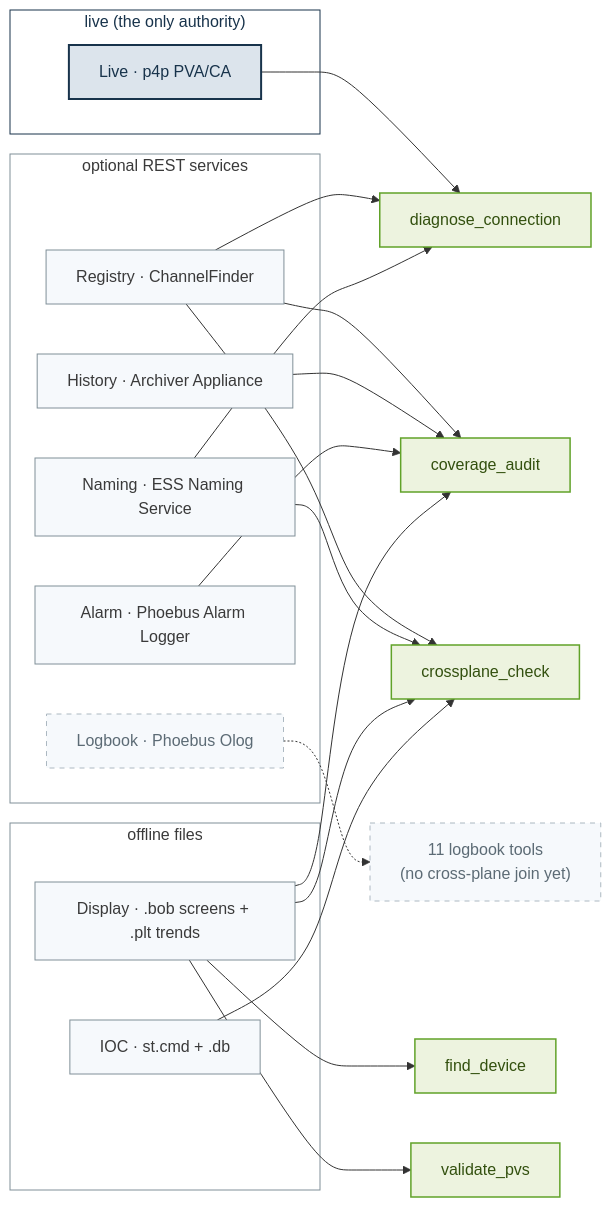
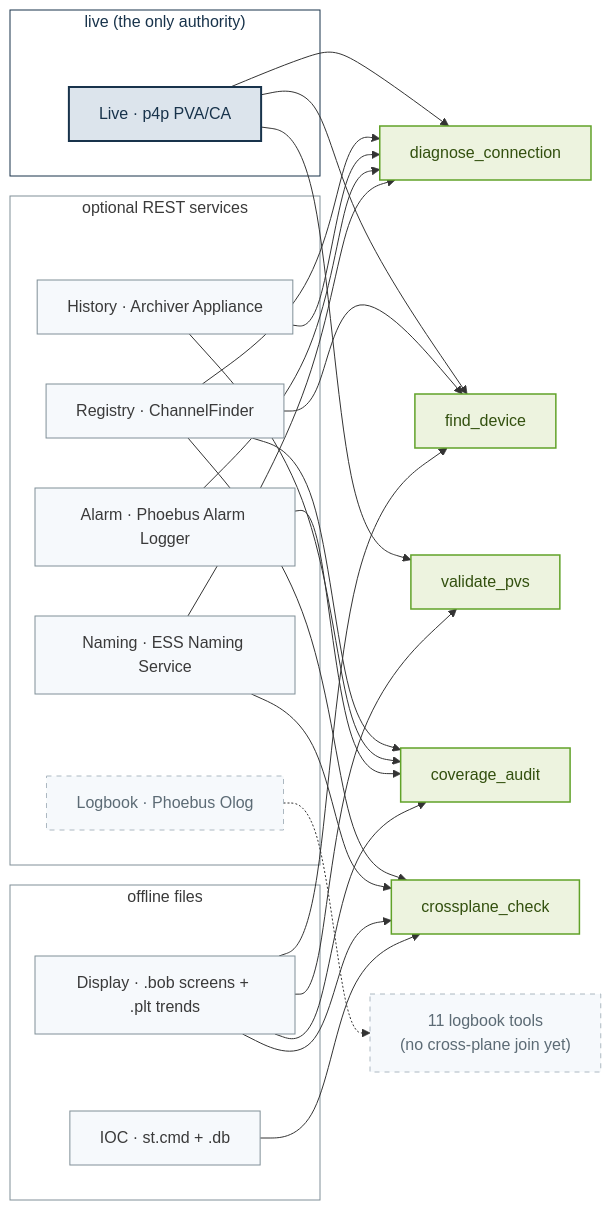
One commit to epicDirk/EPICS-MCP changed the second of 2 diagrams in ARCHITECTURE.md. Above: the diagram before and after it, drawn with Mermaid. The commit also changed other lines of this file and 1 other file, not shown here.

````diff
--- a/ARCHITECTURE.md
+++ b/ARCHITECTURE.md
@@ -51,44 +56,44 @@
 ```mermaid
 graph LR
     subgraph liveplane["live (the only authority)"]
       live["Live · p4p PVA/CA"]
     end
     subgraph rest["optional REST services"]
       cf["Registry · ChannelFinder"]
       arch["History · Archiver Appliance"]
       alarm["Alarm · Phoebus Alarm Logger"]
       naming["Naming · ESS Naming Service"]
       olog["Logbook · Phoebus Olog"]
     end
     subgraph files["offline files"]
       disp["Display · .bob screens + .plt trends"]
       ioc["IOC · st.cmd + .db"]
     end
 
-    live --> diag[diagnose_connection]
-    cf --> diag & cov[coverage_audit] & xp[crossplane_check]
-    arch --> cov
-    alarm --> cov
+    live --> diag[diagnose_connection] & fd[find_device] & val[validate_pvs]
+    cf --> diag & cov[coverage_audit] & xp[crossplane_check] & fd
+    arch --> cov & diag
+    alarm --> cov & diag
     naming --> diag & xp
-    disp --> cov & xp & fd[find_device] & val[validate_pvs]
+    disp --> cov & xp & fd & val
     ioc --> xp
     olog -.-> logtools["11 logbook tools<br/>(no cross-plane join yet)"]
 
     %% Same EPICS palette. Navy marks the one authoritative plane, green the analyses that
     %% consume the planes, grey the explanatory ones, dashed grey the join that does not exist.
     classDef authority fill:#DCE4EC,stroke:#18334B,stroke-width:2px,color:#18334B
     classDef plane fill:#F6F9FC,stroke:#808F98,stroke-width:1px,color:#3A3A3A
     classDef analysis fill:#EDF3DF,stroke:#61A229,stroke-width:1.5px,color:#33500F
     %% The "muted" signal lives in the dashed stroke, NOT in washed-out text: #808F98 on this fill
     %% measures 3.15:1, below WCAG AA. #5C6B75 is the same blue-grey, darkened to 5.21:1.
     classDef gap fill:#F6F9FC,stroke:#ACB8C1,stroke-width:1px,color:#5C6B75,stroke-dasharray: 5 5
 
     class live authority
     class cf,arch,alarm,naming,disp,ioc plane
     class diag,cov,xp,fd,val analysis
     class olog,logtools gap
 
     style liveplane fill:#FFFFFF,stroke:#18334B,stroke-width:1px,color:#18334B
     style rest fill:#FFFFFF,stroke:#808F98,stroke-width:1px,color:#3A3A3A
     style files fill:#FFFFFF,stroke:#808F98,stroke-width:1px,color:#3A3A3A
 ```
````
